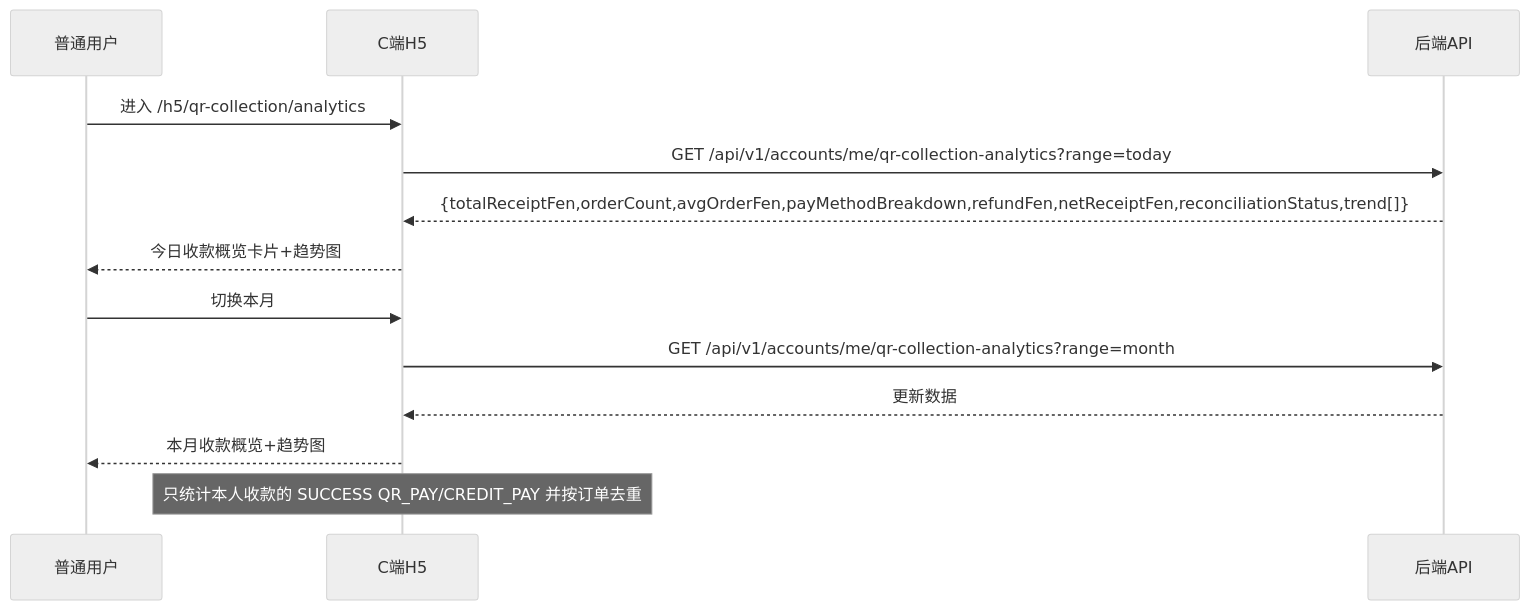
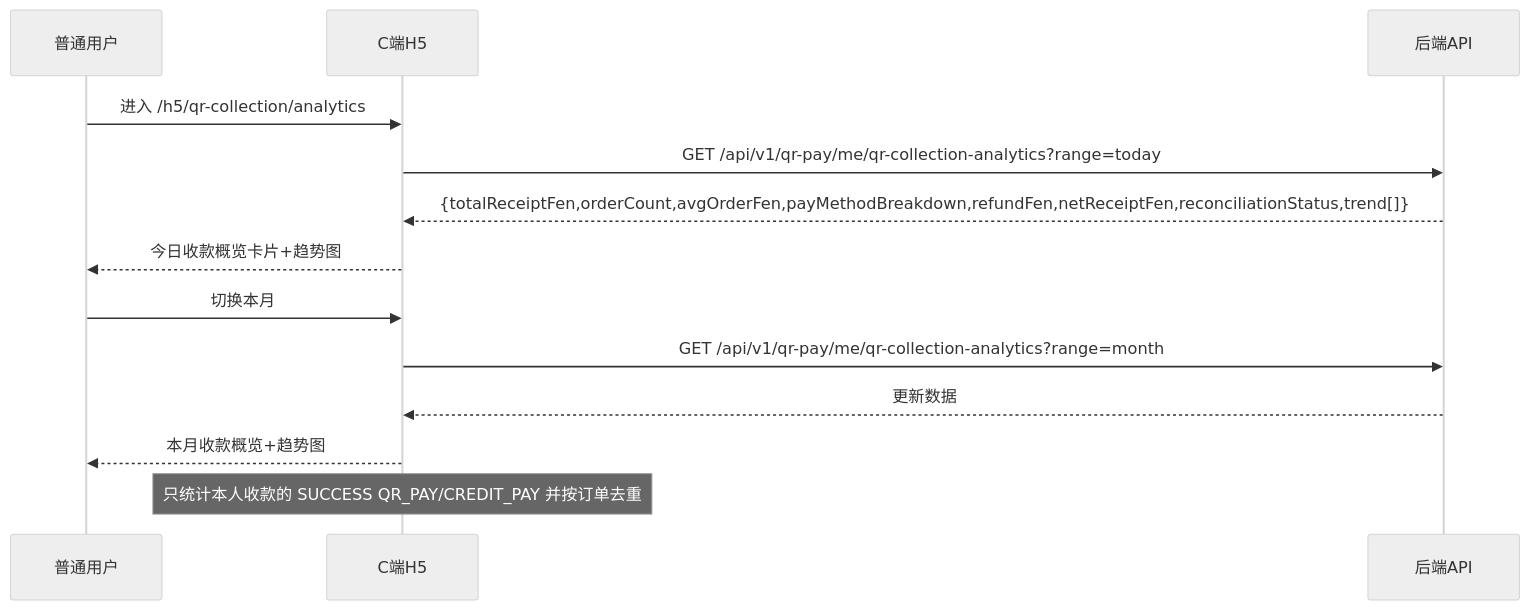
Before and after one commit to JN6565/MiniAlalipay: diagram 31 of 36 in docs/minialalipay/miniaialipay -frontend-system-analysis.md, drawn with Mermaid (neutral theme). The commit also changed other lines of this file and 7 other files, not shown here.

````diff
--- a/docs/minialalipay/miniaialipay -frontend-system-analysis.md
+++ b/docs/minialalipay/miniaialipay -frontend-system-analysis.md
@@ -1942,15 +1942,15 @@
 ```mermaid
 sequenceDiagram
     participant U as 普通用户
     participant H5 as C端H5
     participant API as 后端API
     U->>H5: 进入 /h5/qr-collection/analytics
-    H5->>API: GET /api/v1/accounts/me/qr-collection-analytics?range=today
+    H5->>API: GET /api/v1/qr-pay/me/qr-collection-analytics?range=today
     API-->>H5: {totalReceiptFen,orderCount,avgOrderFen,payMethodBreakdown,refundFen,netReceiptFen,reconciliationStatus,trend[]}
     H5-->>U: 今日收款概览卡片+趋势图
     U->>H5: 切换本月
-    H5->>API: GET /api/v1/accounts/me/qr-collection-analytics?range=month
+    H5->>API: GET /api/v1/qr-pay/me/qr-collection-analytics?range=month
     API-->>H5: 更新数据
     H5-->>U: 本月收款概览+趋势图
     Note over H5: 只统计本人收款的 SUCCESS QR_PAY/CREDIT_PAY 并按订单去重
 ```
````
